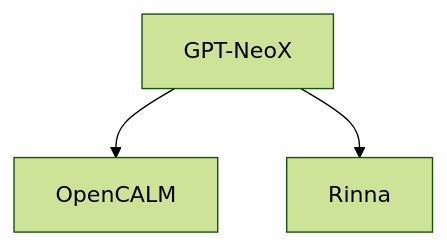
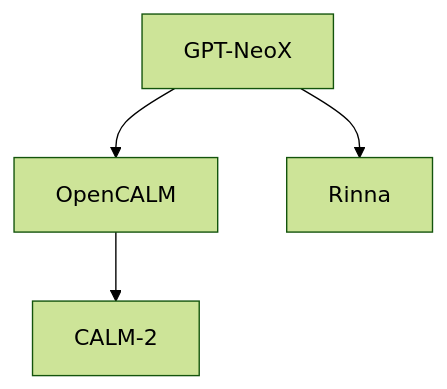
One commit to ted-sharp/chatvox changed diagram 23 of 25 in doc/llm.md. Above: the diagram before and after it, drawn with Mermaid (forest theme). The commit also changed other lines of this file, not shown here.

````diff
--- a/doc/llm.md
+++ b/doc/llm.md
@@ -1046,6 +1015,6 @@
 ```mermaid
 flowchart
 
-GPT-NeoX --> OpenCALM
+GPT-NeoX --> OpenCALM --> CALM-2
 GPT-NeoX --> Rinna
 ```
````
